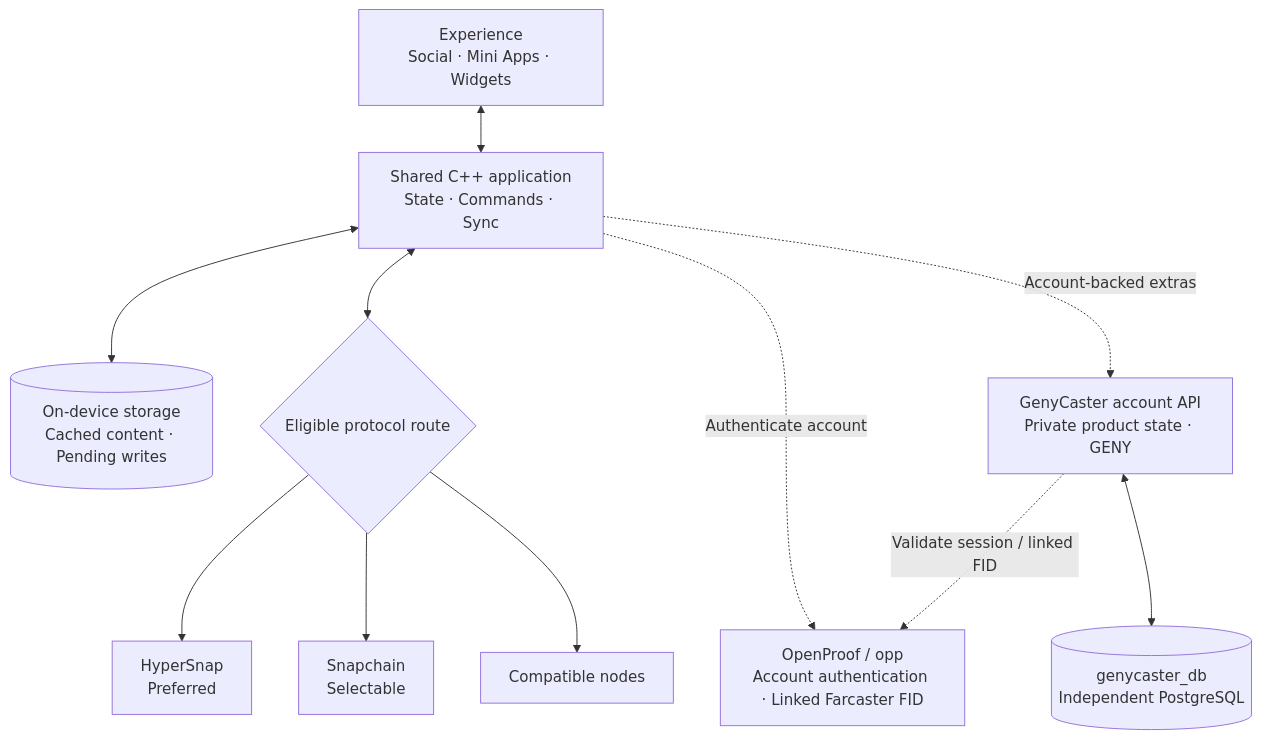
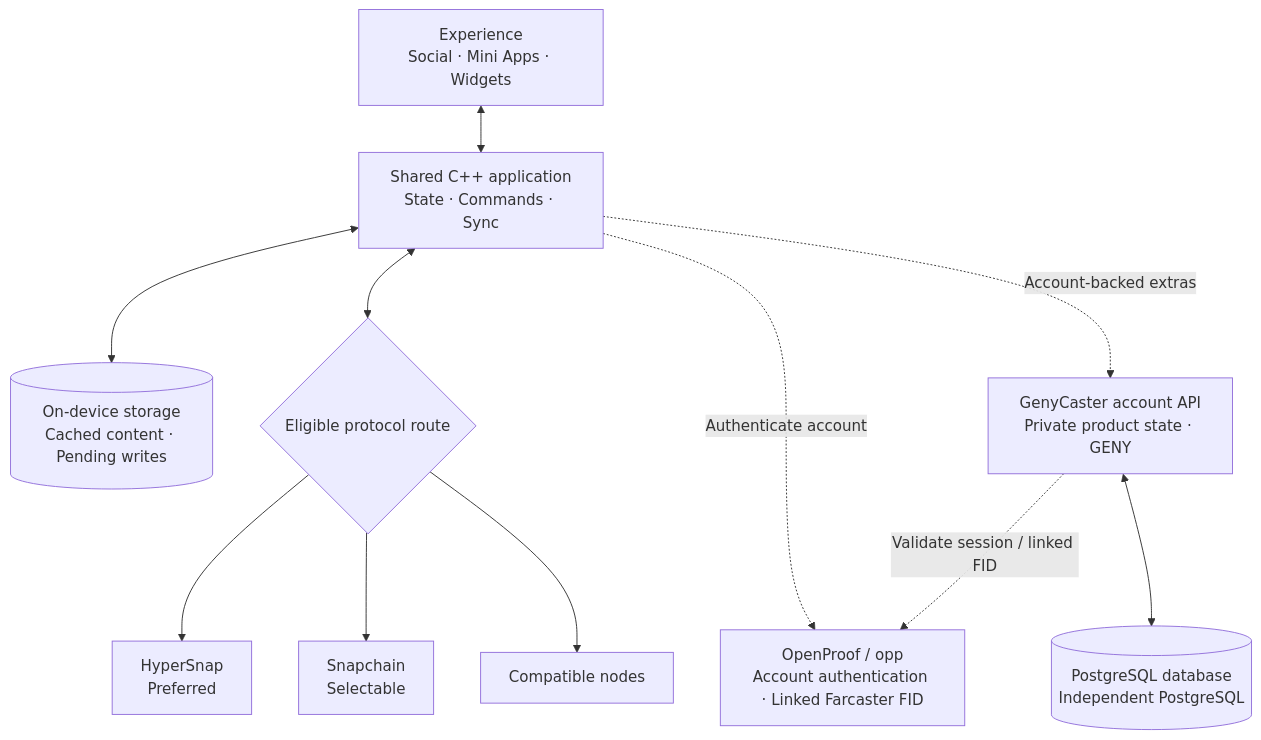
One commit to genyleap/genycaster changed the first of 5 diagrams in docs/ARCHITECTURE.md. Above: the diagram before and after it, drawn with Mermaid. The commit also changed other lines of this file and 58 other files, not shown here.

````diff
--- a/docs/ARCHITECTURE.md
+++ b/docs/ARCHITECTURE.md
@@ -9,24 +9,24 @@
 ```mermaid
 flowchart TB
     UI["Experience<br/>Social · Mini Apps · Widgets"]
     CORE["Shared C++ application<br/>State · Commands · Sync"]
     STORE[("On-device storage<br/>Cached content · Pending writes")]
     ROUTER{"Eligible protocol route"}
     H["HyperSnap<br/>Preferred"]
     S["Snapchain<br/>Selectable"]
     O["Compatible nodes"]
     IDENTITY["OpenProof / opp<br/>Account authentication · Linked Farcaster FID"]
     PRODUCT["GenyCaster account API<br/>Private product state · GENY"]
-    PG[("genycaster_db<br/>Independent PostgreSQL")]
+    PG[("PostgreSQL database<br/>Independent PostgreSQL")]
 
     UI <--> CORE
     CORE <--> STORE
     CORE <--> ROUTER
     ROUTER --> H
     ROUTER --> S
     ROUTER --> O
     CORE -. "Authenticate account" .-> IDENTITY
     CORE -. "Account-backed extras" .-> PRODUCT
     PRODUCT <--> PG
     PRODUCT -. "Validate session / linked FID" .-> IDENTITY
 ```
````
